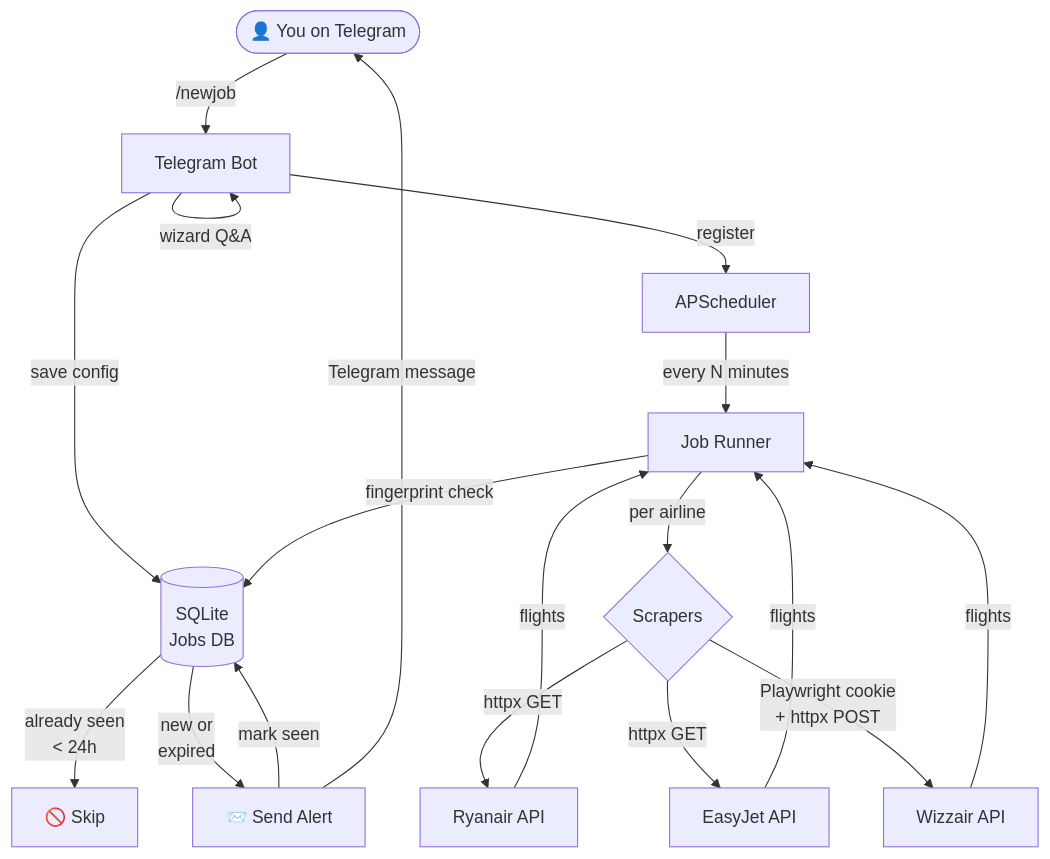
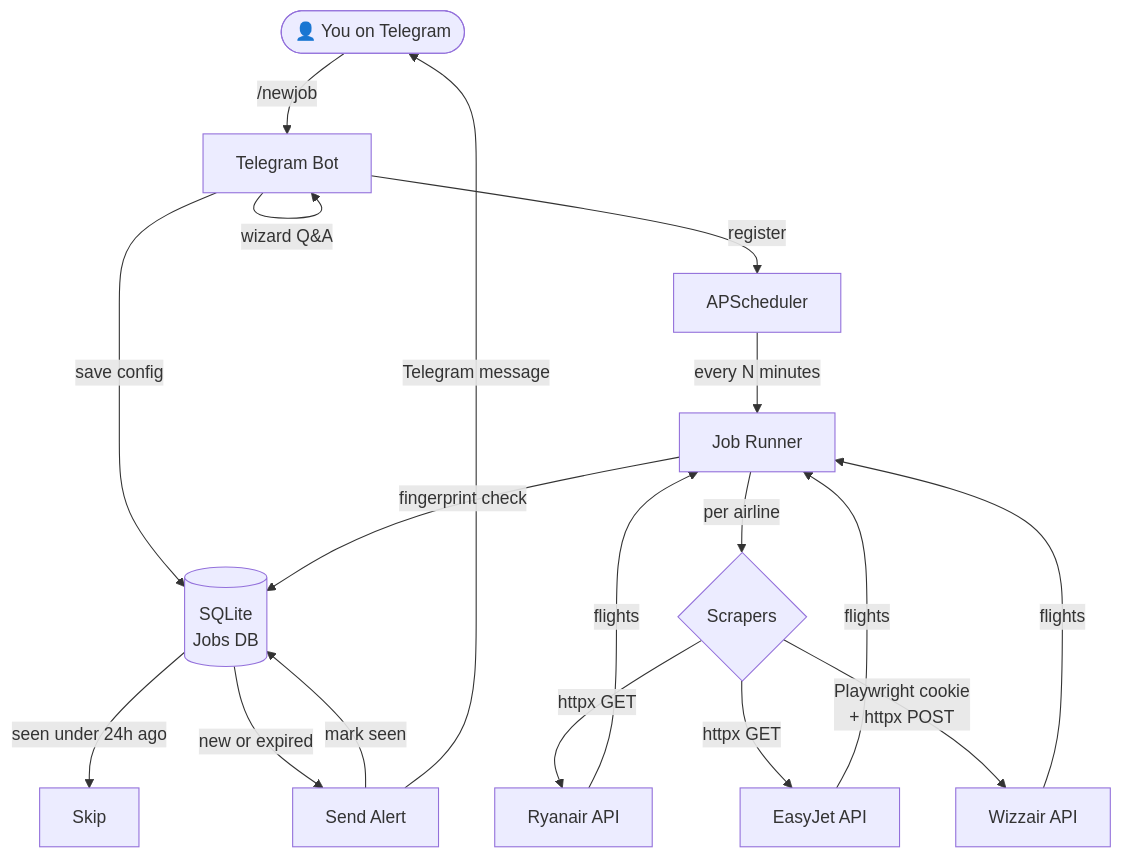
The second of 5 diagrams in README.md (achetnik/flights-scanner), drawn with Mermaid before and after one commit. The commit also changed other lines of this file, not shown here.

First line of the commit message:
docs: fix Mermaid diagram syntax errors

````diff
--- a/README.md
+++ b/README.md
@@ -49,23 +51,23 @@
 ```mermaid
 flowchart TD
     U([👤 You on Telegram]) -->|/newjob| B[Telegram Bot]
     B -->|wizard Q&A| B
     B -->|save config| DB[(SQLite\nJobs DB)]
     B -->|register| S[APScheduler]
 
     S -->|every N minutes| R[Job Runner]
     R -->|per airline| SC{Scrapers}
     SC -->|httpx GET| RY[Ryanair API]
     SC -->|httpx GET| EJ[EasyJet API]
     SC -->|Playwright cookie\n+ httpx POST| WZ[Wizzair API]
 
     RY -->|flights| R
     EJ -->|flights| R
     WZ -->|flights| R
 
     R -->|fingerprint check| DB
-    DB -->|already seen\n< 24h| SKIP[🚫 Skip]
-    DB -->|new or\nexpired| ALERT[📨 Send Alert]
+    DB -->|seen under 24h ago| SKIP[Skip]
+    DB -->|new or expired| ALERT[Send Alert]
     ALERT -->|mark seen| DB
     ALERT -->|Telegram message| U
 ```
````
